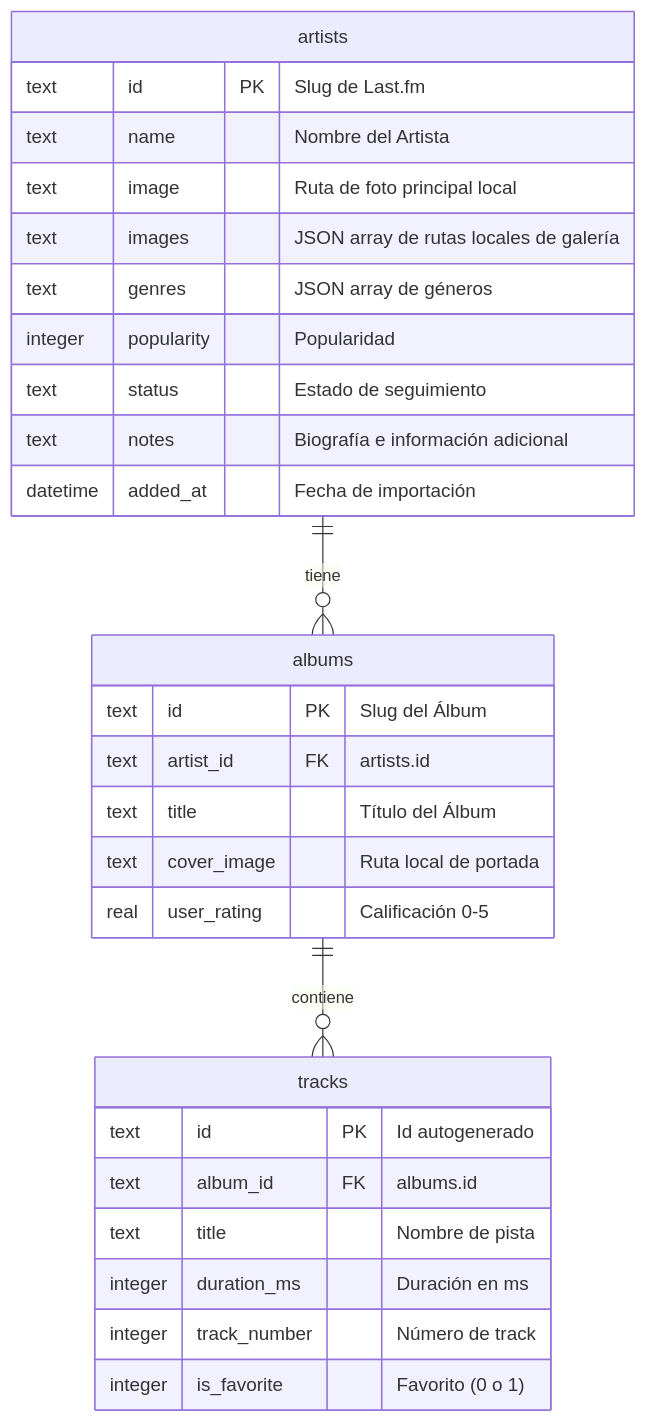
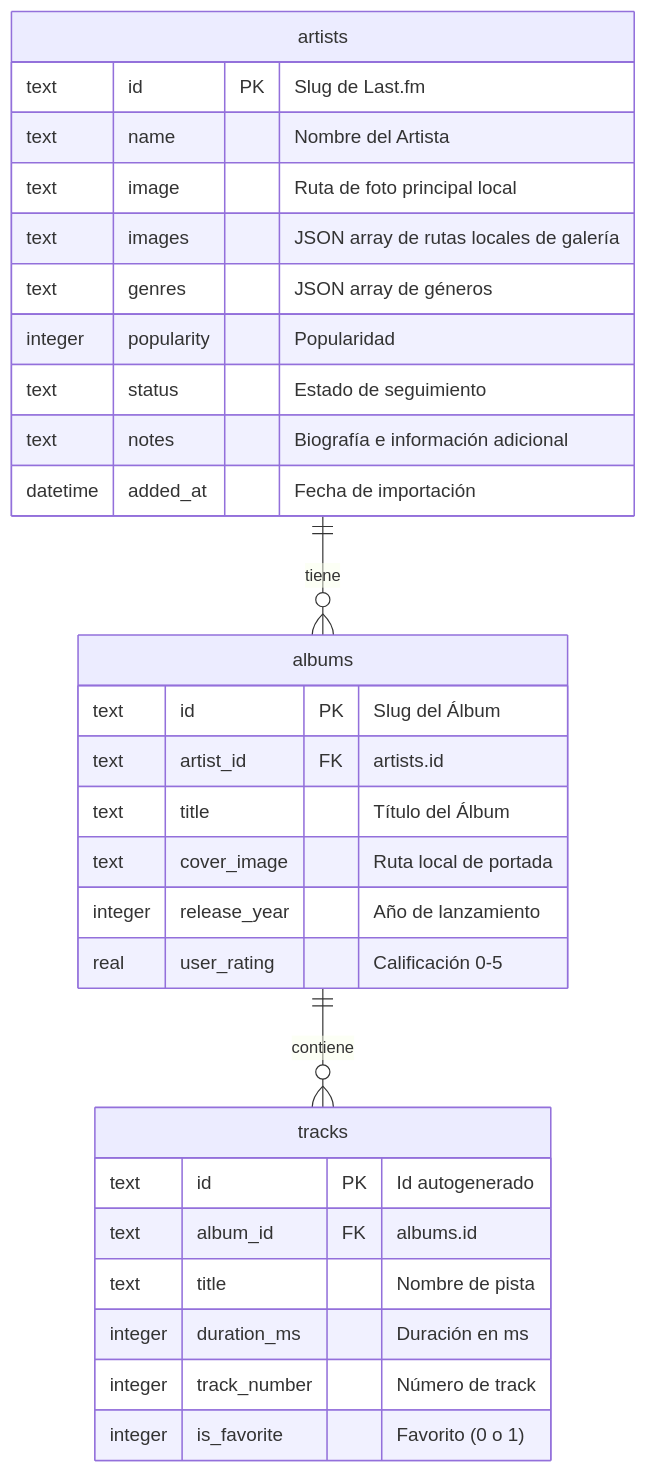
One commit to juanmaioli/MusicTracker changed the diagram in README.md. Above: the diagram before and after it, drawn with Mermaid. The commit also changed other lines of this file and 7 other files, not shown here.

Commit message:
🚀 feat: agregar calificación interactiva por estrellas y año de lanzamiento en álbumes

````diff
--- a/README.md
+++ b/README.md
@@ -77,32 +77,33 @@
 ```mermaid
 erDiagram
     artists {
         text id PK "Slug de Last.fm"
         text name "Nombre del Artista"
         text image "Ruta de foto principal local"
         text images "JSON array de rutas locales de galería"
         text genres "JSON array de géneros"
         integer popularity "Popularidad"
         text status "Estado de seguimiento"
         text notes "Biografía e información adicional"
         datetime added_at "Fecha de importación"
     }
     albums {
         text id PK "Slug del Álbum"
         text artist_id FK "artists.id"
         text title "Título del Álbum"
         text cover_image "Ruta local de portada"
+        integer release_year "Año de lanzamiento"
         real user_rating "Calificación 0-5"
     }
     tracks {
         text id PK "Id autogenerado"
         text album_id FK "albums.id"
         text title "Nombre de pista"
         integer duration_ms "Duración en ms"
         integer track_number "Número de track"
         integer is_favorite "Favorito (0 o 1)"
     }
     
     artists ||--o{ albums : "tiene"
     albums ||--o{ tracks : "contiene"
 ```
````
